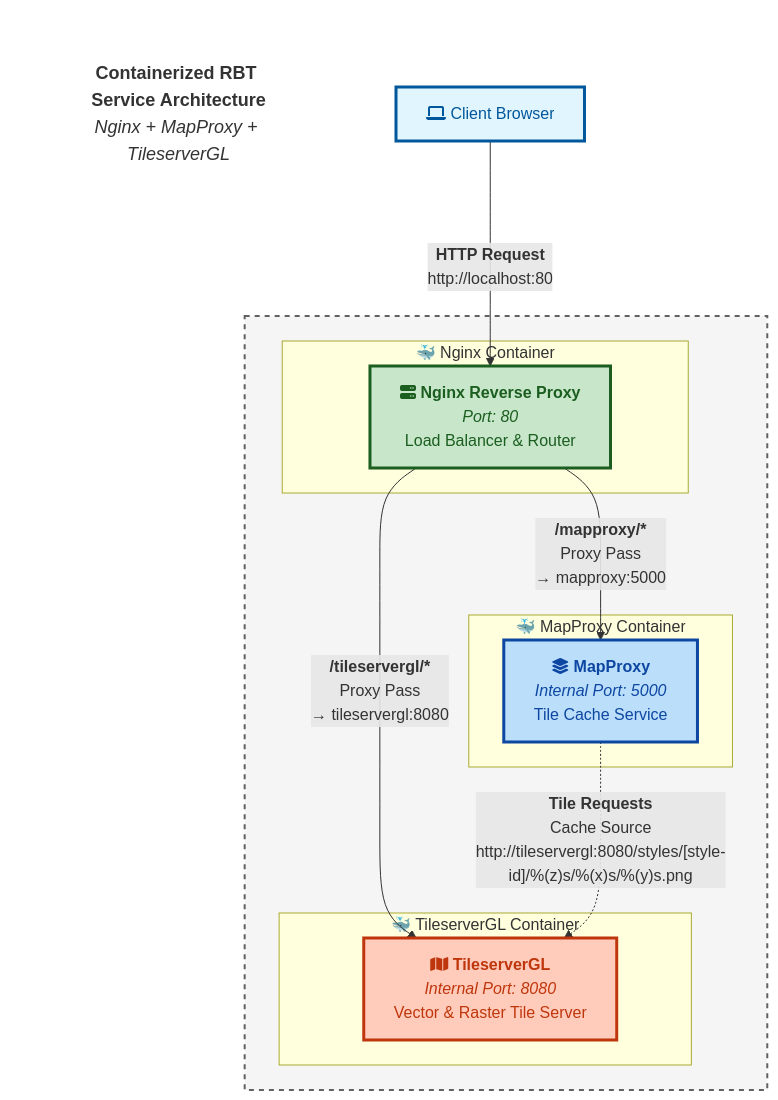
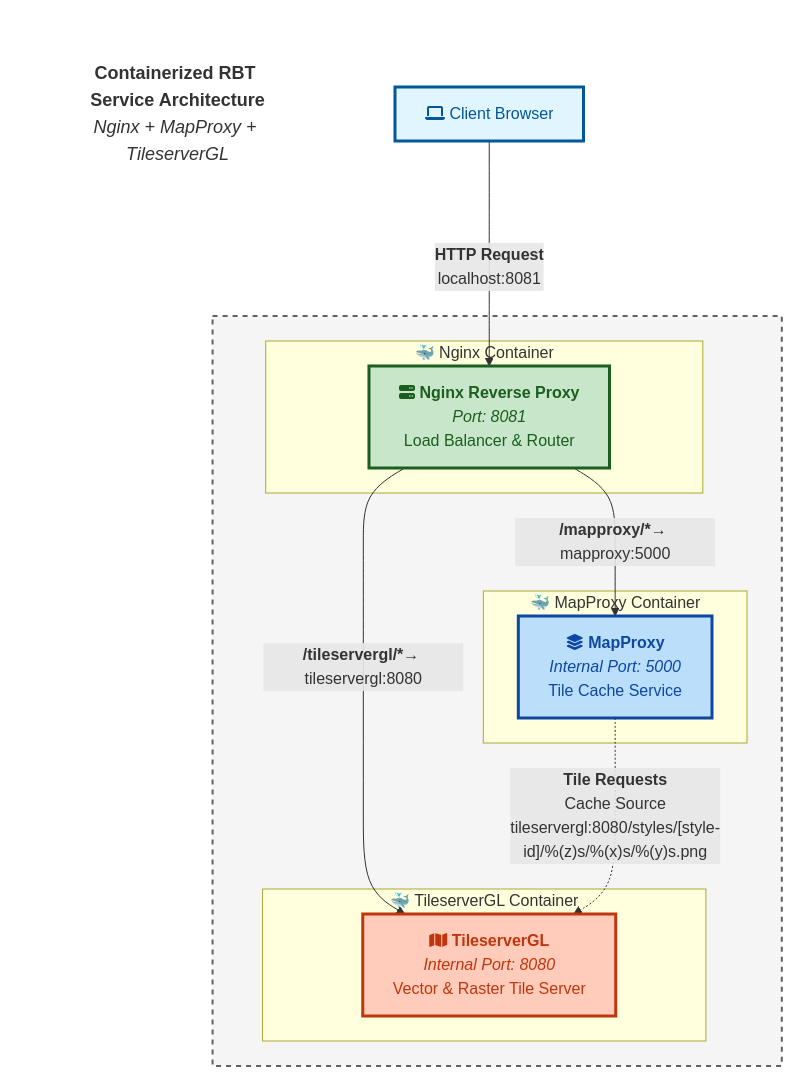
Before and after one commit to mjj203/agc-rbt: the diagram in README.md, drawn with Mermaid.

Commit message:
update diagram

````diff
--- a/README.md
+++ b/README.md
@@ -58,49 +58,49 @@
 ```mermaid
 graph TB
     %% Define styles
     classDef clientStyle fill:#e1f5fe,stroke:#01579b,stroke-width:3px,color:#01579b
     classDef nginxStyle fill:#c8e6c9,stroke:#1b5e20,stroke-width:3px,color:#1b5e20
     classDef mapproxyStyle fill:#bbdefb,stroke:#0d47a1,stroke-width:3px,color:#0d47a1
     classDef tileserverStyle fill:#ffccbc,stroke:#bf360c,stroke-width:3px,color:#bf360c
     classDef networkStyle fill:#f5f5f5,stroke:#616161,stroke-width:2px,stroke-dasharray: 5 5
     
     %% Client
     CLIENT[fa:fa-laptop Client Browser]:::clientStyle
     
     %% Docker Network Container
     subgraph DOCKER_NET[" "]
         %% Nginx Container
         subgraph NGINX_CONTAINER["🐳 Nginx Container"]
-            NGINX[fa:fa-server <b>Nginx Reverse Proxy</b><br/><i>Port: 80</i><br/>Load Balancer & Router]:::nginxStyle
+            NGINX[fa:fa-server <b>Nginx Reverse Proxy</b><br/><i>Port: 8081</i><br/>Load Balancer & Router]:::nginxStyle
         end
         
         %% MapProxy Container
         subgraph MAPPROXY_CONTAINER["🐳 MapProxy Container"]
             MP[fa:fa-layer-group <b>MapProxy</b><br/><i>Internal Port: 5000</i><br/>Tile Cache Service]:::mapproxyStyle
         end
         
         %% TileserverGL Container
         subgraph TILESERVER_CONTAINER["🐳 TileserverGL Container"]
             TS[fa:fa-map <b>TileserverGL</b><br/><i>Internal Port: 8080</i><br/>Vector & Raster Tile Server]:::tileserverStyle
         end
     end
     
     %% Connections
-    CLIENT -->|"<b>HTTP Request</b><br/>http://localhost:80"| NGINX
+    CLIENT -->|"<b>HTTP Request</b><br/>localhost:8081"| NGINX
     
-    NGINX -->|"<b>/mapproxy/*</b><br/>Proxy Pass<br/>→ mapproxy:5000"| MP
-    NGINX -->|"<b>/tileservergl/*</b><br/>Proxy Pass<br/>→ tileservergl:8080"| TS
+    NGINX -->|"<b>/mapproxy/*</b>→ mapproxy:5000"| MP
+    NGINX -->|"<b>/tileservergl/*</b>→ tileservergl:8080"| TS
     
-    MP -.->|"<b>Tile Requests</b><br/>Cache Source<br/>http://tileservergl:8080/styles/[style-id]/%(z)s/%(x)s/%(y)s.png"| TS
+    MP -.->|"<b>Tile Requests</b><br/>Cache Source<br/>tileservergl:8080/styles/[style-id]/%(z)s/%(x)s/%(y)s.png"| TS
     
     %% Apply network style
     class DOCKER_NET networkStyle
     
     %% Add title
     subgraph TITLE[" "]
         T[<b>Containerized RBT Service Architecture</b><br/><i>Nginx + MapProxy + TileserverGL</i>]
     end
     
     style TITLE fill:none,stroke:none
     style T fill:none,stroke:none,font-size:18px
 ```
````
